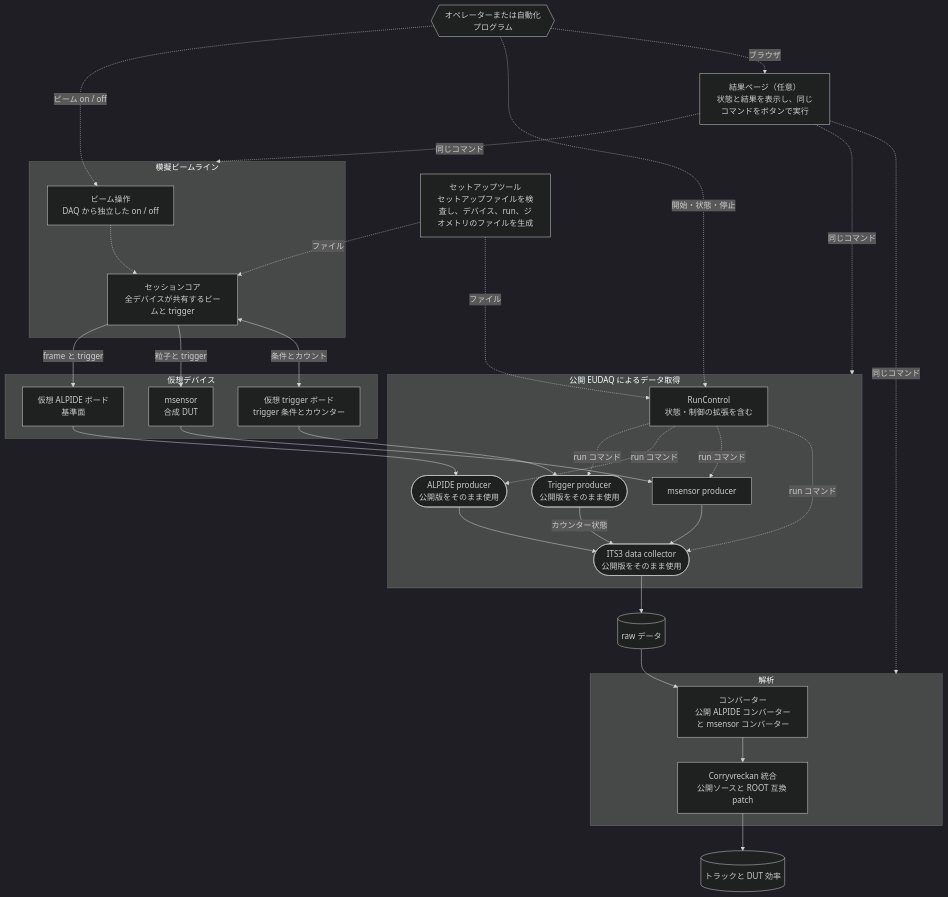
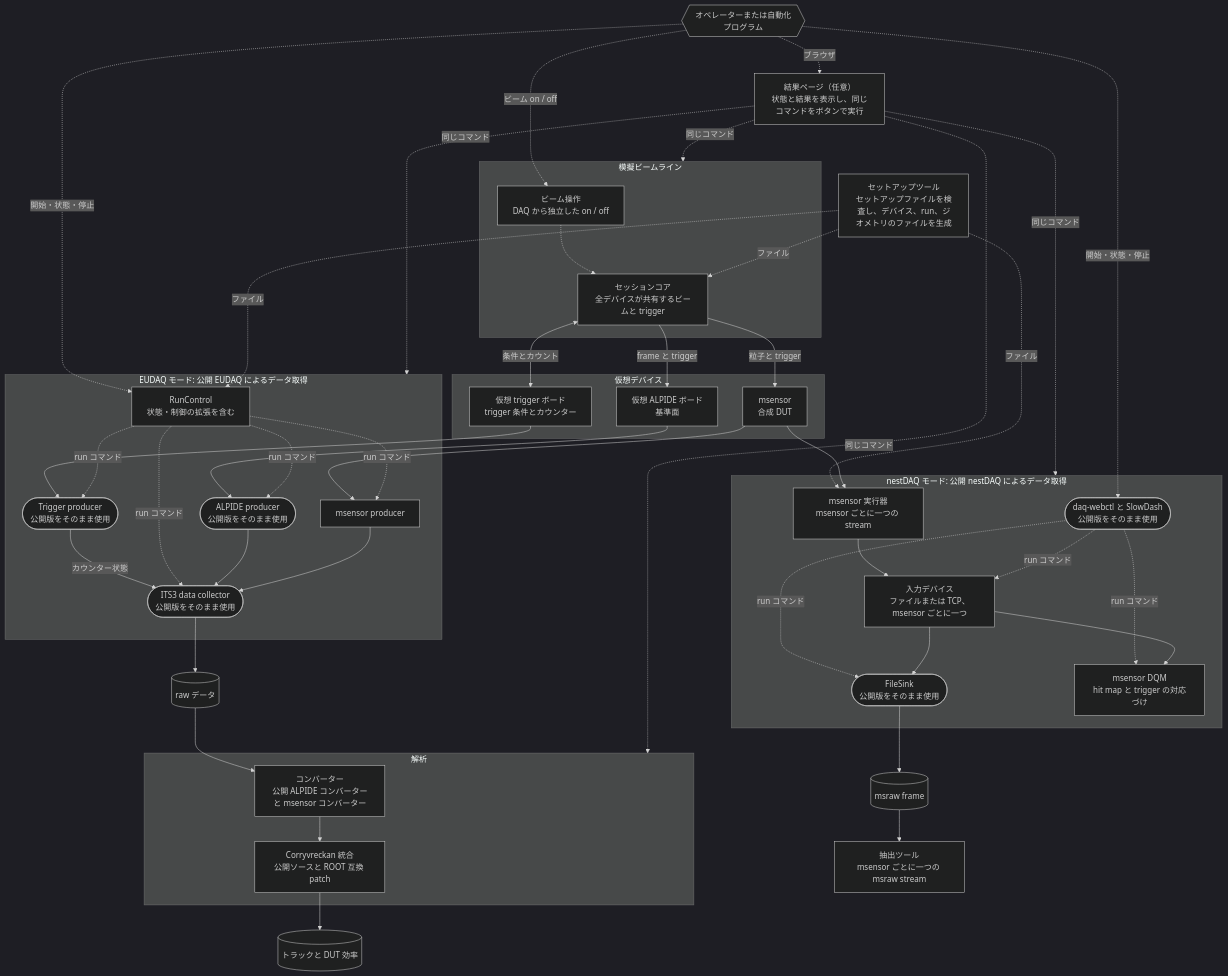
One commit to BongHwi/test-beam-sandbox changed the diagram in README.ja.md. Above: the diagram before and after it, drawn with Mermaid (dark theme). The commit also changed other lines of this file and 86 other files, not shown here.

````diff
--- a/README.ja.md
+++ b/README.ja.md
@@ -161,7 +246,7 @@
         ms["msensor<br/>合成 DUT"]
     end
 
-    subgraph DAQ["公開 EUDAQ によるデータ取得"]
+    subgraph DAQ["EUDAQ モード: 公開 EUDAQ によるデータ取得"]
         rc["RunControl<br/>状態・制御の拡張を含む"]
         ap(["ALPIDE producer<br/>公開版をそのまま使用"])
         mp["msensor producer"]
@@ -179,14 +264,28 @@
 
     res[("トラックと DUT 効率")]
 
+    subgraph NDQ["nestDAQ モード: 公開 nestDAQ によるデータ取得"]
+        ru["msensor 実行器<br/>msensor ごとに一つの stream"]
+        src["入力デバイス<br/>ファイルまたは TCP、msensor ごとに一つ"]
+        fs(["FileSink<br/>公開版をそのまま使用"])
+        dqm["msensor DQM<br/>hit map と trigger の対応づけ"]
+        wc(["daq-webctl と SlowDash<br/>公開版をそのまま使用"])
+    end
+
+    frames[("msraw frame")]
+    ext["抽出ツール<br/>msensor ごとに一つの msraw stream"]
+
     op -. "ビーム on / off" .-> bc
     op -. "開始・状態・停止" .-> rc
+    op -. "開始・状態・停止" .-> wc
     op -. "ブラウザ" .-> web
     web -. "同じコマンド" .-> BEAM
     web -. "同じコマンド" .-> DAQ
+    web -. "同じコマンド" .-> NDQ
     web -. "同じコマンド" .-> ANA
     lay -. "ファイル" .-> core
     lay -. "ファイル" .-> rc
+    lay -. "ファイル" .-> ru
     core -- "frame と trigger" --> vb
     core -- "粒子と trigger" --> ms
     core <-- "条件とカウント" --> tb
@@ -203,4 +302,13 @@
     dc --> raw
     raw --> conv
     corry --> res
+    ms --> ru
+    ru --> src
+    wc -. "run コマンド" .-> src
+    wc -. "run コマンド" .-> fs
+    wc -. "run コマンド" .-> dqm
+    src --> fs
+    src --> dqm
+    fs --> frames
+    frames --> ext
 ```
````
